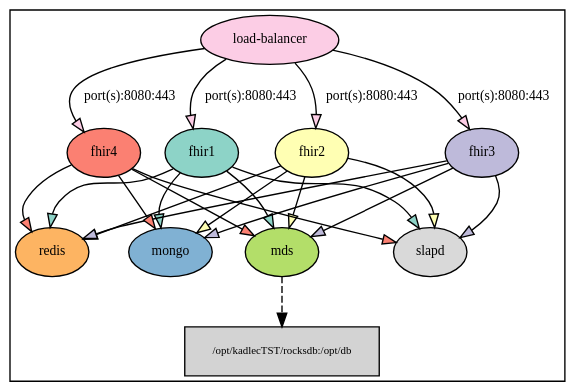
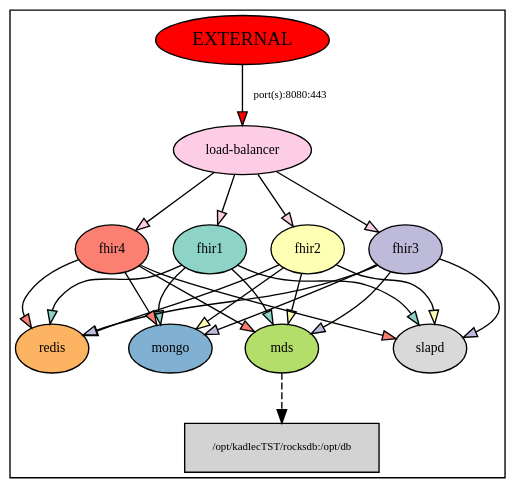
The diagram in compose.dot (zenfish/docker-scripts), drawn with Graphviz before and after one commit. The commit also changed 3 other files, not shown here.

```diff
--- a/compose.dot
+++ b/compose.dot
@@ -1,113 +1,115 @@
 
 //
 // Create a PNG file from the output using:
 //
 //     dot -Tpng -o compose.png < compose.dot
 //
 //  Larger graph with:
 //
 //     dot -Tpng -Gsize=8,8\! -o compose.png < compose.dot
 //
 
 
 digraph {
 	graph [colorscheme=set312,
 		rankdir=TB
 	];
 	fhir1	 [fillcolor="#8dd3c7",
 		fontsize=10,
 		style=filled];
 	slapd	 [fillcolor="#d9d9d9",
 		fontsize=10,
 		style=filled];
 	fhir1 -> slapd	 [fillcolor="#8dd3c7",
 		fontsize=10,
 		style=filled];
 	redis	 [fillcolor="#fdb462",
 		fontsize=10,
 		style=filled];
 	fhir1 -> redis	 [fillcolor="#8dd3c7",
 		fontsize=10,
 		style=filled];
 	mongo	 [fillcolor="#80b1d3",
 		fontsize=10,
 		style=filled];
 	fhir1 -> mongo	 [fillcolor="#8dd3c7",
 		fontsize=10,
 		style=filled];
 	mds	 [fillcolor="#b3de69",
 		fontsize=10,
 		style=filled];
 	fhir1 -> mds	 [fillcolor="#8dd3c7",
 		fontsize=10,
 		style=filled];
 	"/opt/kadlecTST/rocksdb:/opt/db"	 [fillcolor=lightgrey,
 		fontsize=8,
 		shape=box,
 		style=filled];
 	mds -> "/opt/kadlecTST/rocksdb:/opt/db"	 [style=dashed];
 	fhir2	 [fillcolor="#ffffb3",
 		fontsize=10,
 		style=filled];
 	fhir2 -> slapd	 [fillcolor="#ffffb3",
 		fontsize=10,
 		style=filled];
 	fhir2 -> redis	 [fillcolor="#ffffb3",
 		fontsize=10,
 		style=filled];
 	fhir2 -> mongo	 [fillcolor="#ffffb3",
 		fontsize=10,
 		style=filled];
 	fhir2 -> mds	 [fillcolor="#ffffb3",
 		fontsize=10,
 		style=filled];
 	fhir3	 [fillcolor="#bebada",
 		fontsize=10,
 		style=filled];
 	fhir3 -> slapd	 [fillcolor="#bebada",
 		fontsize=10,
 		style=filled];
 	fhir3 -> redis	 [fillcolor="#bebada",
 		fontsize=10,
 		style=filled];
 	fhir3 -> mongo	 [fillcolor="#bebada",
 		fontsize=10,
 		style=filled];
 	fhir3 -> mds	 [fillcolor="#bebada",
 		fontsize=10,
 		style=filled];
 	fhir4	 [fillcolor="#fb8072",
 		fontsize=10,
 		style=filled];
 	fhir4 -> slapd	 [fillcolor="#fb8072",
 		fontsize=10,
 		style=filled];
 	fhir4 -> redis	 [fillcolor="#fb8072",
 		fontsize=10,
 		style=filled];
 	fhir4 -> mongo	 [fillcolor="#fb8072",
 		fontsize=10,
 		style=filled];
 	fhir4 -> mds	 [fillcolor="#fb8072",
 		fontsize=10,
 		style=filled];
 	"load-balancer"	 [fillcolor="#fccde5",
 		fontsize=10,
 		style=filled];
 	"load-balancer" -> fhir1	 [fillcolor="#fccde5",
 		fontsize=10,
-		label="port(s):8080:443",
 		style=filled];
 	"load-balancer" -> fhir2	 [fillcolor="#fccde5",
 		fontsize=10,
-		label="port(s):8080:443",
 		style=filled];
 	"load-balancer" -> fhir3	 [fillcolor="#fccde5",
 		fontsize=10,
-		label="port(s):8080:443",
 		style=filled];
 	"load-balancer" -> fhir4	 [fillcolor="#fccde5",
 		fontsize=10,
+		style=filled];
+	EXTERNAL	 [fillcolor=red,
+		style=filled];
+	EXTERNAL -> "load-balancer"	 [fillcolor=red,
+		fontsize=8,
 		label="port(s):8080:443",
 		style=filled];
 }
```
